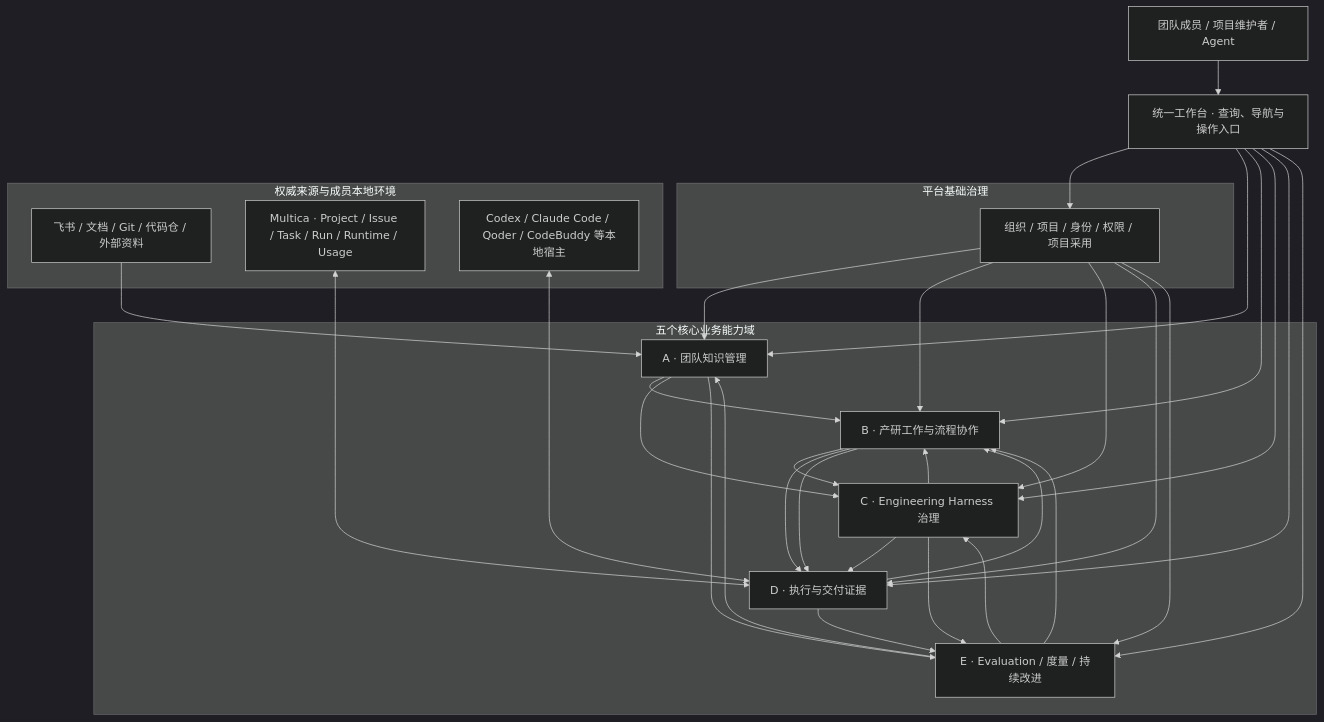
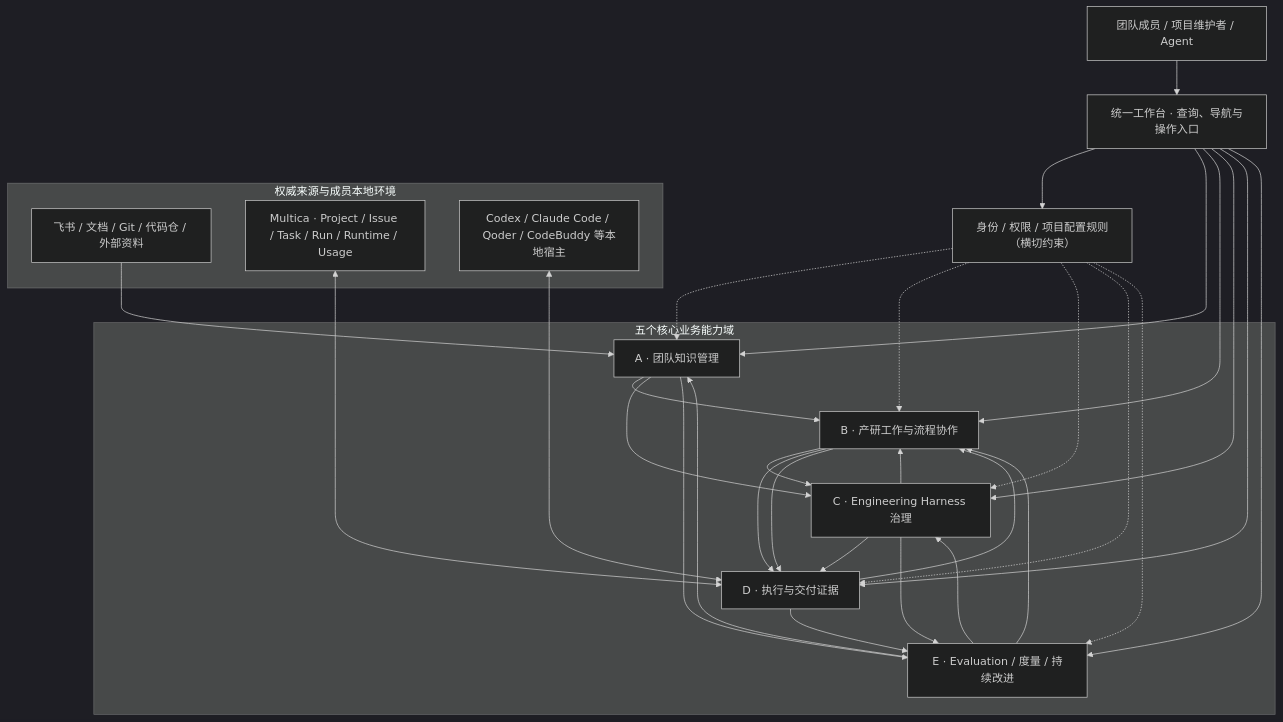
Before and after one commit to ScWen7/Issues: the first of 2 diagrams in docs/architecture/system-architecture.md, drawn with Mermaid (dark theme). The commit also changed other lines of this file, not shown here.

```diff
--- a/docs/architecture/system-architecture.md
+++ b/docs/architecture/system-architecture.md
@@ -24,49 +24,47 @@
 ~~~mermaid
 flowchart TB
   People["团队成员 / 项目维护者 / Agent"]
   UI["统一工作台 · 查询、导航与操作入口"]
-  subgraph Foundation["平台基础治理"]
-    Org["组织 / 项目 / 身份 / 权限 / 项目采用"]
-  end
+  Org["身份 / 权限 / 项目配置规则（横切约束）"]
   subgraph Core["五个核心业务能力域"]
     Knowledge["A · 团队知识管理"]
     Work["B · 产研工作与流程协作"]
     Harness["C · Engineering Harness 治理"]
     Delivery["D · 执行与交付证据"]
     Evolution["E · Evaluation / 度量 / 持续改进"]
   end
   subgraph External["权威来源与成员本地环境"]
     Sources["飞书 / 文档 / Git / 代码仓 / 外部资料"]
     Multica["Multica · Project / Issue / Task / Run / Runtime / Usage"]
     Hosts["Codex / Claude Code / Qoder / CodeBuddy 等本地宿主"]
   end
   People --> UI
   UI --> Org
   UI --> Knowledge
   UI --> Work
   UI --> Harness
   UI --> Delivery
   UI --> Evolution
-  Org --> Knowledge
-  Org --> Work
-  Org --> Harness
-  Org --> Delivery
-  Org --> Evolution
+  Org -.-> Knowledge
+  Org -.-> Work
+  Org -.-> Harness
+  Org -.-> Delivery
+  Org -.-> Evolution
   Sources --> Knowledge
   Knowledge --> Work
   Knowledge --> Harness
   Work --> Harness
   Work --> Delivery
   Harness --> Work
   Harness --> Delivery
   Work --> Delivery
   Multica <--> Delivery
   Hosts <--> Delivery
   Delivery --> Work
   Delivery --> Evolution
   Knowledge --> Evolution
   Harness --> Evolution
   Evolution --> Knowledge
   Evolution --> Harness
   Evolution --> Work
 ~~~
```
